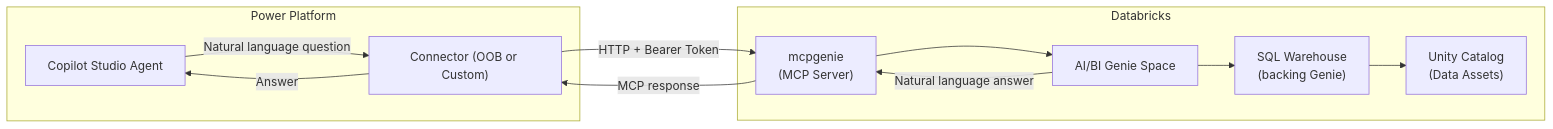
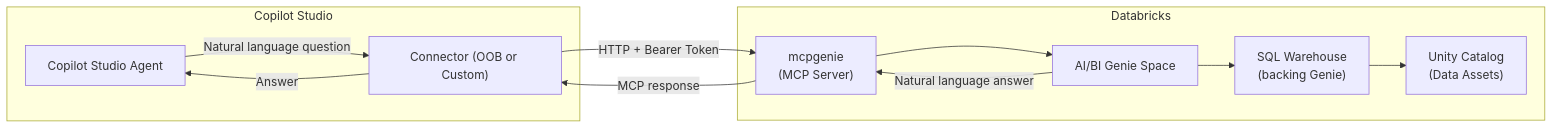
One commit to briangre/CopilotStudioVirtualNetworking changed the diagram in docs/20-patterns/databricks/pattern-dbx-mcp-genie.md. Above: the diagram before and after it, drawn with Mermaid. The commit also changed other lines of this file and 9 other files, not shown here.

First line of the commit message:
Remove Power Automate and Power Apps references; scope docs to Copilot Studio agents only (#9)

````diff
--- a/docs/20-patterns/databricks/pattern-dbx-mcp-genie.md
+++ b/docs/20-patterns/databricks/pattern-dbx-mcp-genie.md
@@ -9,21 +9,21 @@
 ```mermaid
 flowchart LR
-    subgraph PP["Power Platform"]
+    subgraph PP["Copilot Studio"]
         agent["Copilot Studio Agent"]
         conn["Connector (OOB or Custom)"]
     end
     subgraph DBX["Databricks"]
         mcp["mcpgenie\n(MCP Server)"]
         genie["AI/BI Genie Space"]
         wh["SQL Warehouse\n(backing Genie)"]
         cat["Unity Catalog\n(Data Assets)"]
     end
     agent -- "Natural language question" --> conn
     conn -- "HTTP + Bearer Token" --> mcp
     mcp --> genie
     genie --> wh
     wh --> cat
     genie -- "Natural language answer" --> mcp
     mcp -- "MCP response" --> conn
     conn -- "Answer" --> agent
 ```
````
